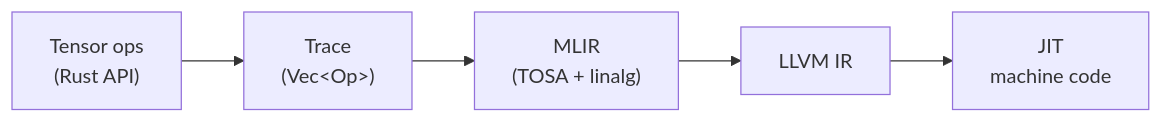
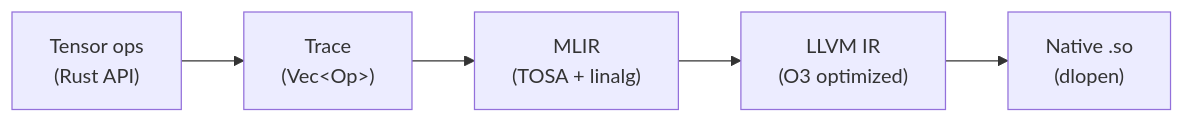
One commit to edg-l/homura changed the first of 2 diagrams in README.md. Above: the diagram before and after it, drawn with Mermaid. The commit also changed other lines of this file and 1 other file, not shown here.

````diff
--- a/README.md
+++ b/README.md
@@ -41,7 +43,7 @@
 ```mermaid
 flowchart LR
     A["Tensor ops<br>(Rust API)"] --> B["Trace<br>(Vec&lt;Op&gt;)"]
     B --> C["MLIR<br>(TOSA + linalg)"]
-    C --> D["LLVM IR"]
-    D --> E["JIT<br>machine code"]
+    C --> D["LLVM IR<br>(O3 optimized)"]
+    D --> E["Native .so<br>(dlopen)"]
 ```
````
